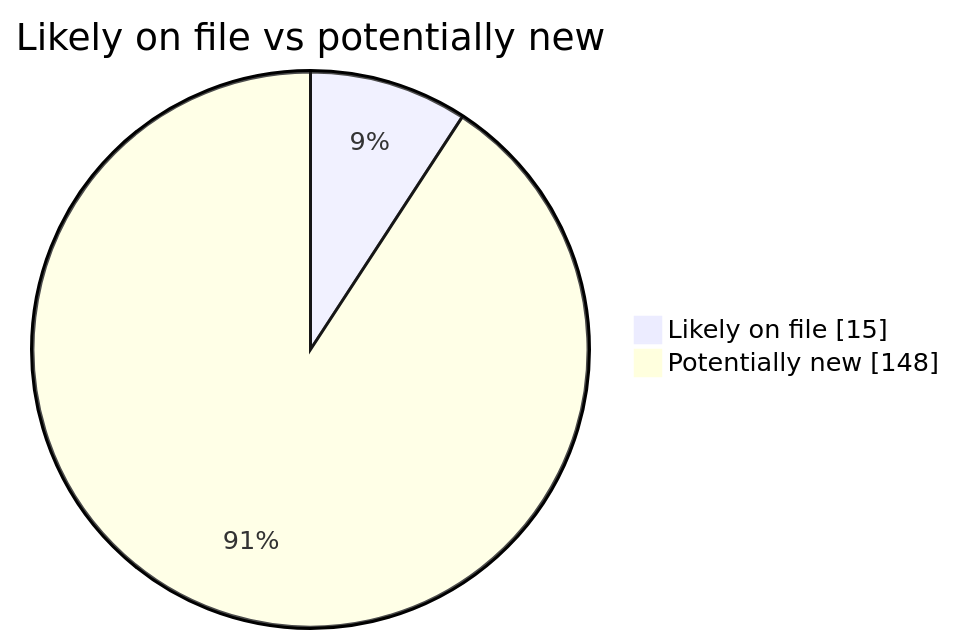
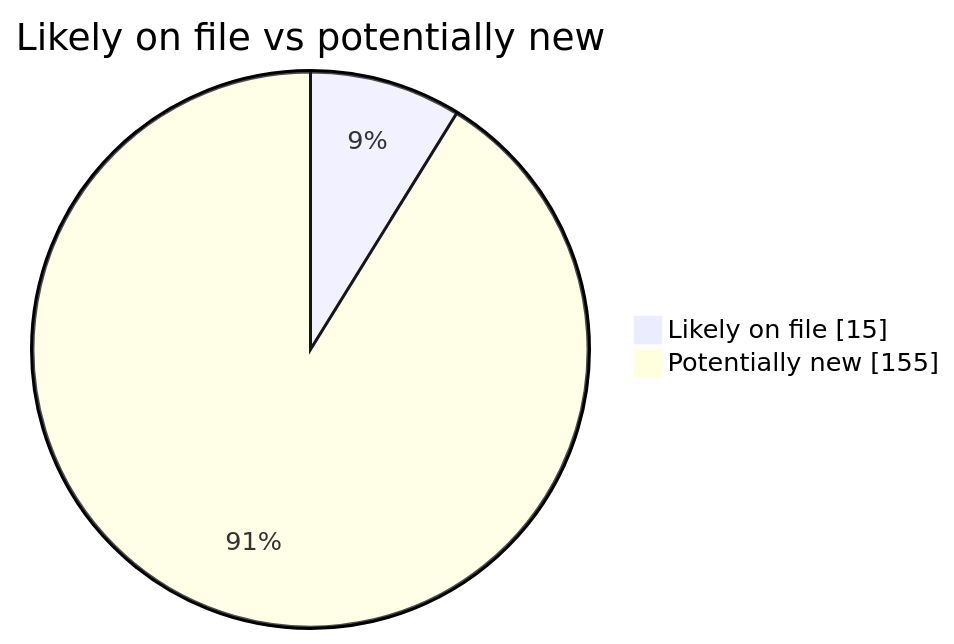
The second of 3 diagrams in README.md (martinbalfanz/social-scanner-reports), drawn with Mermaid before and after one commit. The commit also changed other lines of this file and 2 other files, not shown here.

````diff
--- a/README.md
+++ b/README.md
@@ -40,5 +40,5 @@
 ```mermaid
 pie showData title Likely on file vs potentially new
     "Likely on file" : 15
-    "Potentially new" : 148
+    "Potentially new" : 155
 ```
````
